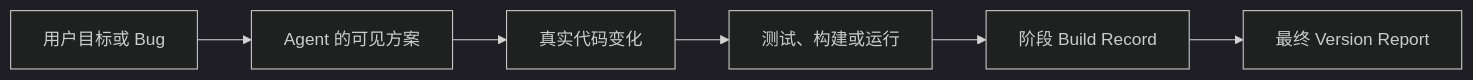
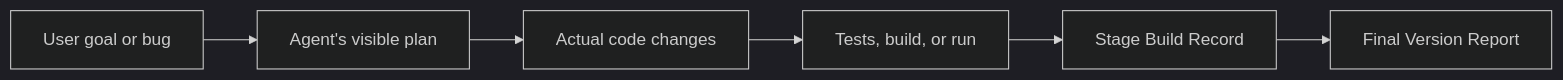
One commit to lumihelia/LumiForge changed the diagram in README.md. Above: the diagram before and after it, drawn with Mermaid (dark theme). The commit also changed other lines of this file and 2 other files, not shown here.

````diff
--- a/README.md
+++ b/README.md
@@ -7,8 +9,8 @@
 ```mermaid
 flowchart LR
-    A["用户目标或 Bug"] --> B["Agent 的可见方案"]
-    B --> C["真实代码变化"]
-    C --> D["测试、构建或运行"]
-    D --> E["阶段 Build Record"]
-    E --> F["最终 Version Report"]
+    A["User goal or bug"] --> B["Agent's visible plan"]
+    B --> C["Actual code changes"]
+    C --> D["Tests, build, or run"]
+    D --> E["Stage Build Record"]
+    E --> F["Final Version Report"]
 ```
````
